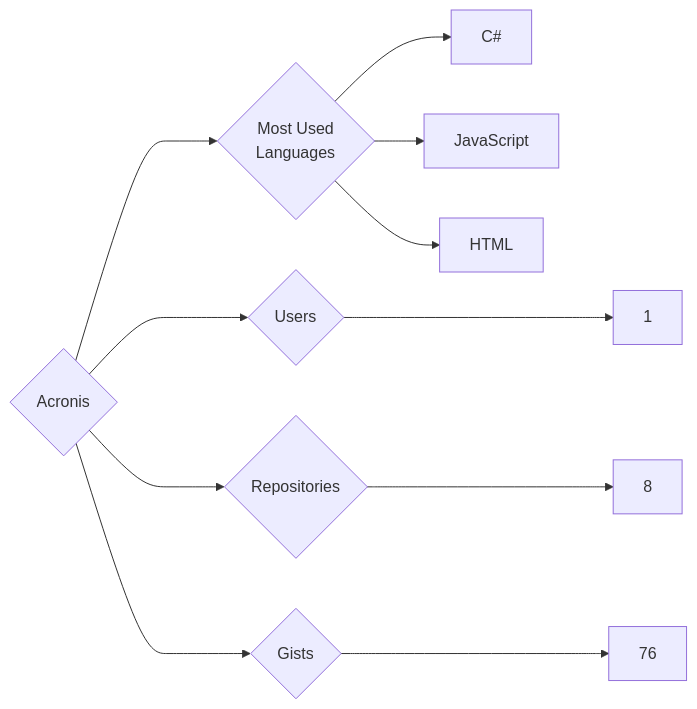
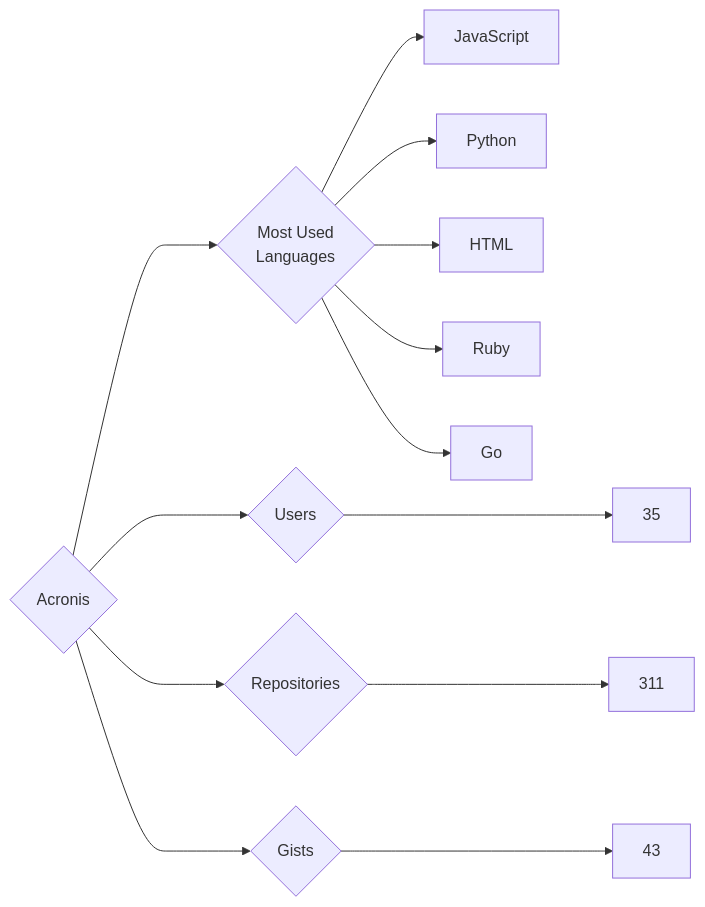
Before and after one commit to trickest/insiders: the diagram in targets/Acronis/README.md, drawn with Mermaid. The commit also changed 757 other files, not shown here.

````diff
--- a/targets/Acronis/README.md
+++ b/targets/Acronis/README.md
@@ -3,11 +3,13 @@
 ```mermaid
 graph LR
 COMPANY_NAME{Acronis}
-COMPANY_NAME ---> U{Users} ---> UN[1]
-COMPANY_NAME ---> R{Repositories} ---> RN[8]
-COMPANY_NAME ---> G{Gists} ---> GN[76]
+COMPANY_NAME ---> U{Users} ---> UN[35]
+COMPANY_NAME ---> R{Repositories} ---> RN[311]
+COMPANY_NAME ---> G{Gists} ---> GN[43]
 COMPANY_NAME ---> ML{Most Used<br>Languages}
-ML --> C#[C#]
 ML --> JavaScript[JavaScript]
+ML --> Python[Python]
 ML --> HTML[HTML]
+ML --> Ruby[Ruby]
+ML --> Go[Go]
 ```
````
